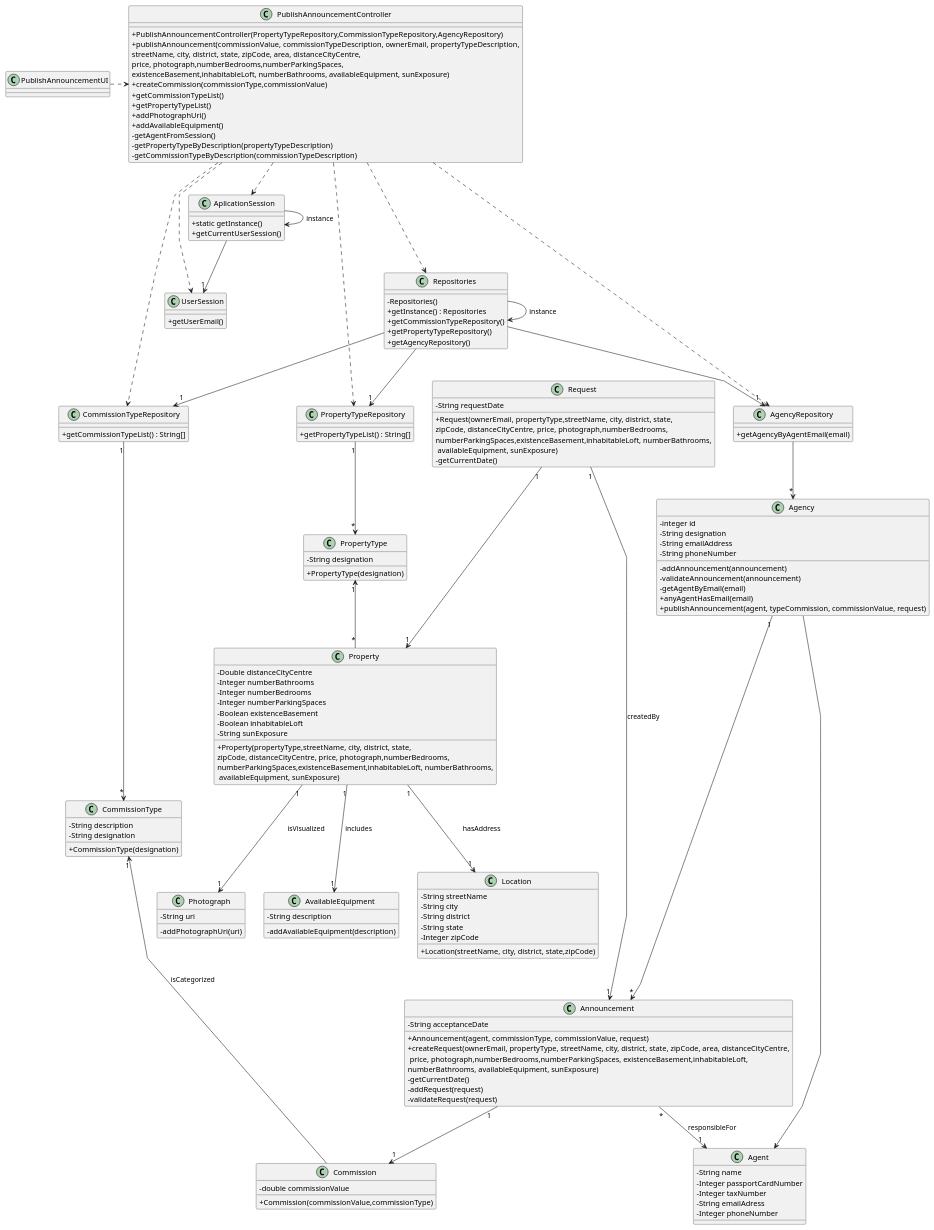
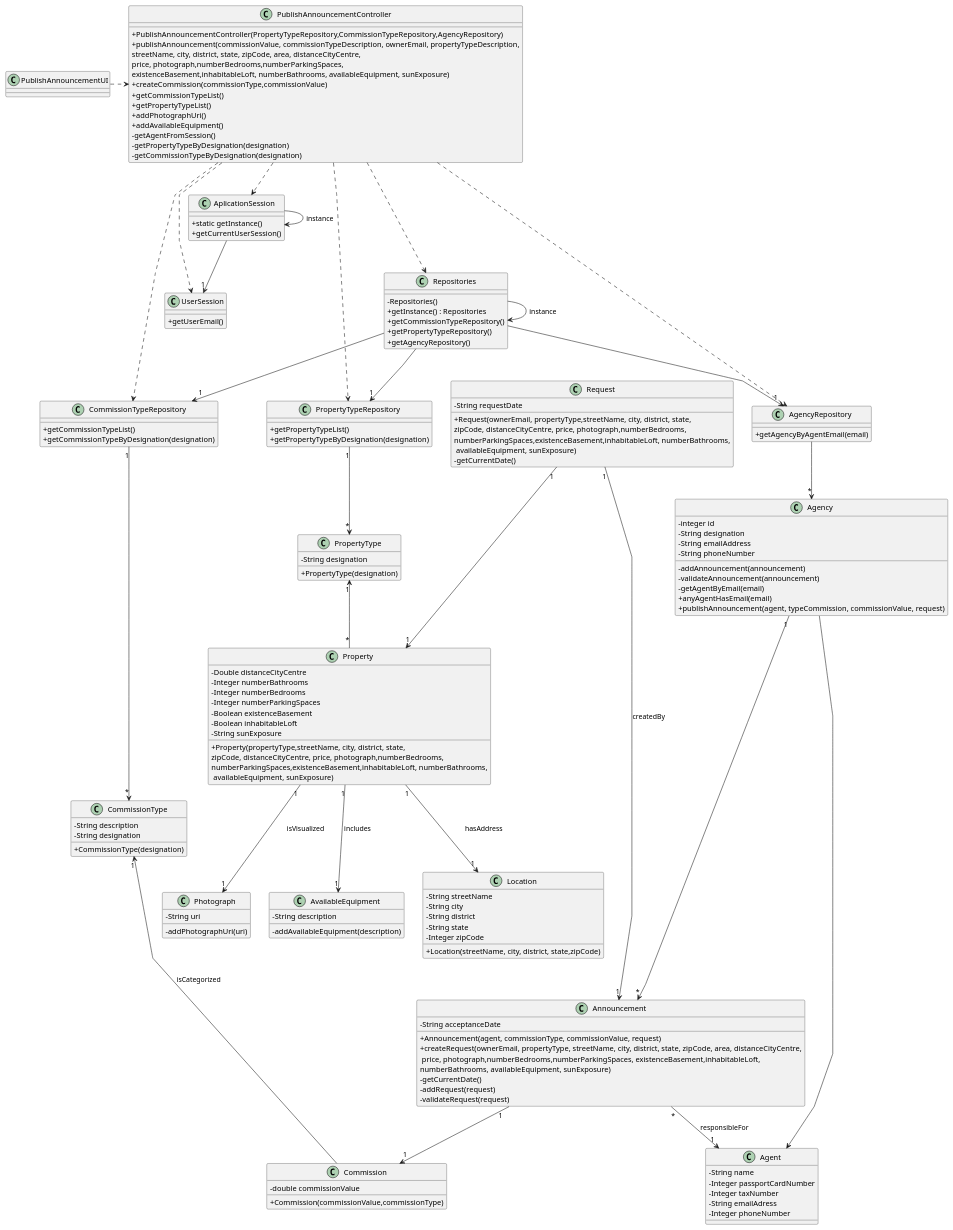
The diagram in docs/sprintB/us002/03.design/puml/us002-class-diagram.puml (rita-barbosa/LAPR2-2223), drawn with PlantUML before and after one commit. The commit also changed 2 other files, not shown here.

Commit message:
Update of sequence diagram [US002][Design]

```diff
--- a/docs/sprintB/us002/03.design/puml/us002-class-diagram.puml
+++ b/docs/sprintB/us002/03.design/puml/us002-class-diagram.puml
@@ -1,174 +1,176 @@
 @startuml
 'skinparam monochrome true
 skinparam packageStyle rectangle
 skinparam shadowing false
 skinparam linetype polyline
 'skinparam linetype orto
 
 skinparam classAttributeIconSize 0
 
 'left to right direction
 
 class AplicationSession
 {
     + static getInstance()
     + getCurrentUserSession()
 }
 class Property
 {
 - Double distanceCityCentre
 - Integer numberBathrooms
 - Integer numberBedrooms
 - Integer numberParkingSpaces
 - Boolean existenceBasement
 - Boolean inhabitableLoft
 - String sunExposure
 + Property(propertyType,streetName, city, district, state,\nzipCode, distanceCityCentre, price, photograph,numberBedrooms,\nnumberParkingSpaces,existenceBasement,inhabitableLoft, numberBathrooms,\n availableEquipment, sunExposure)
 }
 class Location
 {
 - String streetName
 - String city
 - String district
 - String state
 - Integer zipCode
 + Location(streetName, city, district, state,zipCode)
 }
 class Photograph
 {
 - String uri
 - addPhotographUri(uri)
 }
 class AvailableEquipment
 {
 - String description
 - addAvailableEquipment(description)
 }
 
 class UserSession
 {
     + getUserEmail()
 }
 
 class Agent {
     - String name
     - Integer passportCardNumber
     - Integer taxNumber
     - String emailAdress
     - Integer phoneNumber
 }
 
 class Announcement {
     - String acceptanceDate
 
     + Announcement(agent, commissionType, commissionValue, request)
     + createRequest(ownerEmail, propertyType, streetName, city, district, state, zipCode, area, distanceCityCentre,\n price, photograph,numberBedrooms,numberParkingSpaces, existenceBasement,inhabitableLoft,\nnumberBathrooms, availableEquipment, sunExposure)
     -getCurrentDate()
     -addRequest(request)
     -validateRequest(request)
 }
 class Commission {
 - double commissionValue
 + Commission(commissionValue,commissionType)
 }
 class CommissionType
 {
 - String description
 }
 class Request
 {
 - String requestDate
 + Request(ownerEmail, propertyType,streetName, city, district, state,\nzipCode, distanceCityCentre, price, photograph,numberBedrooms,\nnumberParkingSpaces,existenceBasement,inhabitableLoft, numberBathrooms,\n availableEquipment, sunExposure)
 - getCurrentDate()
 }
 class Agency {
     - integer id
     - String designation
     - String emailAddress
     - String phoneNumber
 
     - addAnnouncement(announcement)
     - validateAnnouncement(announcement)
     - getAgentByEmail(email)
     + anyAgentHasEmail(email)
     + publishAnnouncement(agent, typeCommission, commissionValue, request)
 }
 
 class CommissionTypeRepository {
-    + getCommissionTypeList() : String[]
+    + getCommissionTypeList()
+    + getCommissionTypeByDesignation(designation)
 }
 class PropertyTypeRepository {
-    + getPropertyTypeList() : String[]
+    + getPropertyTypeList()
+    + getPropertyTypeByDesignation(designation)
 }
 
 class AgencyRepository {
     + getAgencyByAgentEmail(email)
 }
 
 class Repositories {
     - Repositories()
     + getInstance() : Repositories
     + getCommissionTypeRepository()
     + getPropertyTypeRepository()
     + getAgencyRepository()
 }
 
 class PublishAnnouncementController {
     + PublishAnnouncementController(PropertyTypeRepository,CommissionTypeRepository,AgencyRepository)
     + publishAnnouncement(commissionValue, commissionTypeDescription, ownerEmail, propertyTypeDescription,\nstreetName, city, district, state, zipCode, area, distanceCityCentre,\nprice, photograph,numberBedrooms,numberParkingSpaces,\nexistenceBasement,inhabitableLoft, numberBathrooms, availableEquipment, sunExposure)
     + createCommission(commissionType,commissionValue)
     + getCommissionTypeList()
     + getPropertyTypeList()
     + addPhotographUri()
     + addAvailableEquipment()
     - getAgentFromSession()
-    - getPropertyTypeByDescription(propertyTypeDescription)
-    - getCommissionTypeByDescription(commissionTypeDescription)
+    - getPropertyTypeByDesignation(designation)
+    - getCommissionTypeByDesignation(designation)
 }
 class PropertyType
 {
 - String designation
 + PropertyType(designation)
 }
 class CommissionType
 {
 - String designation
 + CommissionType(designation)
 }
 class PublishAnnouncementUI {
 }
 
 
 
 PublishAnnouncementUI .> PublishAnnouncementController
 PublishAnnouncementController .-> UserSession
 PublishAnnouncementController .-> AplicationSession
 AplicationSession -> AplicationSession : instance
 AplicationSession --> "1" UserSession
 PublishAnnouncementController .--> Repositories
 PublishAnnouncementController .-> PropertyTypeRepository
 PublishAnnouncementController .-> CommissionTypeRepository
 PublishAnnouncementController .-> AgencyRepository
 
 Repositories -> Repositories : instance
 Repositories --> "1" CommissionTypeRepository
 Repositories --> "1" PropertyTypeRepository
 Repositories --> "1" AgencyRepository
 AgencyRepository --> "*" Agency
 Agency "1" ----> "*" Announcement
 
 Announcement "*" --> "1" Agent : responsibleFor
 CommissionTypeRepository "1" ---> "*" CommissionType
 CommissionType "1" <-- Commission : isCategorized
 Announcement "1" --> "1" Commission
 Request "1" --> "1" Announcement : createdBy
 Request "1" ---> "1" Property
 Agency ----> Agent
 PropertyTypeRepository "1" --> "*" PropertyType
 PropertyType "1" <-- "*" Property
 Property "1" --> "1" Location : hasAddress
 Property "1" --> "1" Photograph : isVisualized
 Property "1" --> "1" AvailableEquipment : includes
 
 
 @enduml
```
